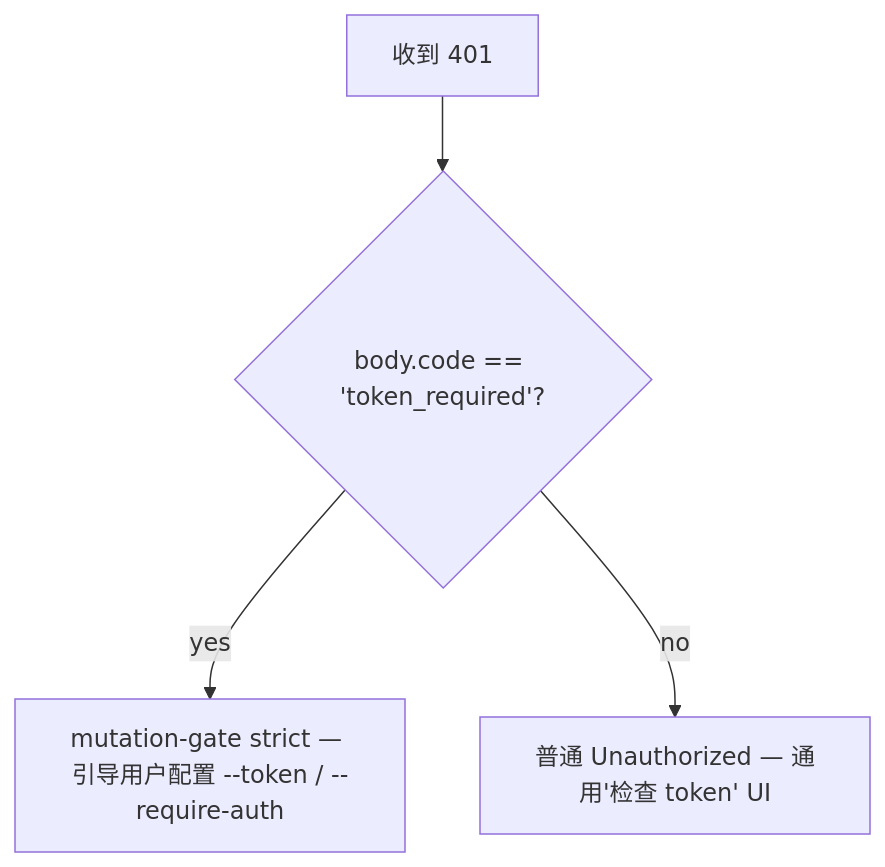
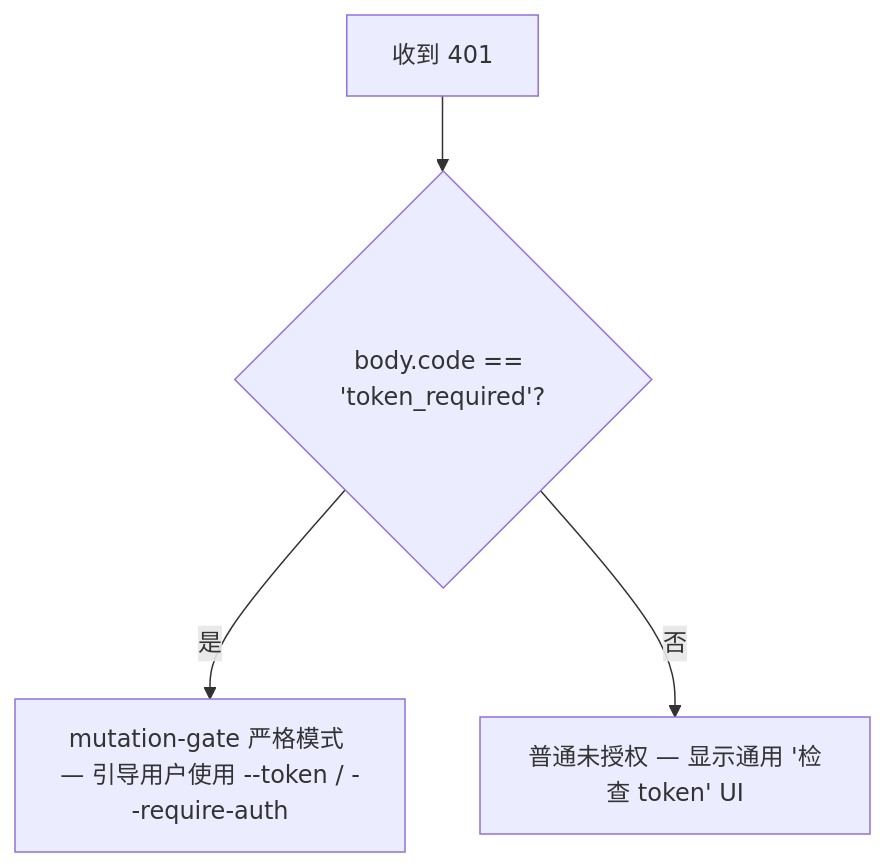
The second of 2 diagrams in website/content/zh/developers/daemon/18-error-taxonomy.md (QwenLM/qwen-code-docs), drawn with Mermaid before and after one commit. The commit also changed other lines of this file and 1077 other files, not shown here.

````diff
--- a/website/content/zh/developers/daemon/18-error-taxonomy.md
+++ b/website/content/zh/developers/daemon/18-error-taxonomy.md
@@ -136,6 +135,6 @@
 ```mermaid
 flowchart TD
     A["收到 401"] --> B{"body.code == 'token_required'?"}
-    B -->|yes| C["mutation-gate strict — 引导用户配置 --token / --require-auth"]
-    B -->|no| D["普通 Unauthorized — 通用'检查 token' UI"]
+    B -->|是| C["mutation-gate 严格模式 — 引导用户使用 --token / --require-auth"]
+    B -->|否| D["普通未授权 — 显示通用 '检查 token' UI"]
 ```
````
